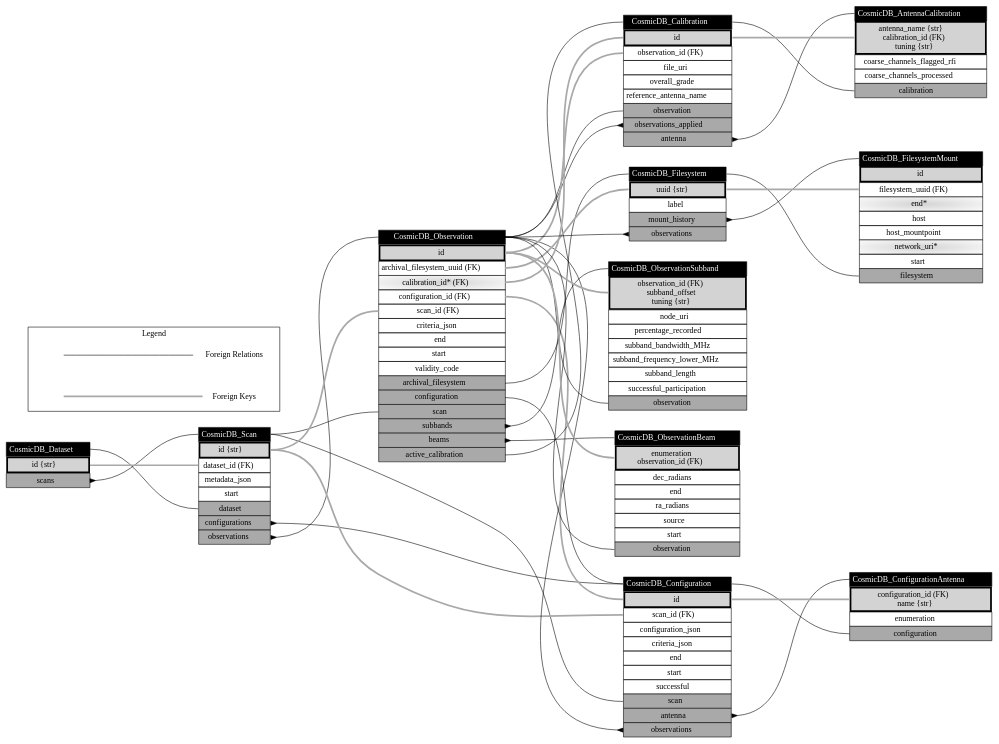
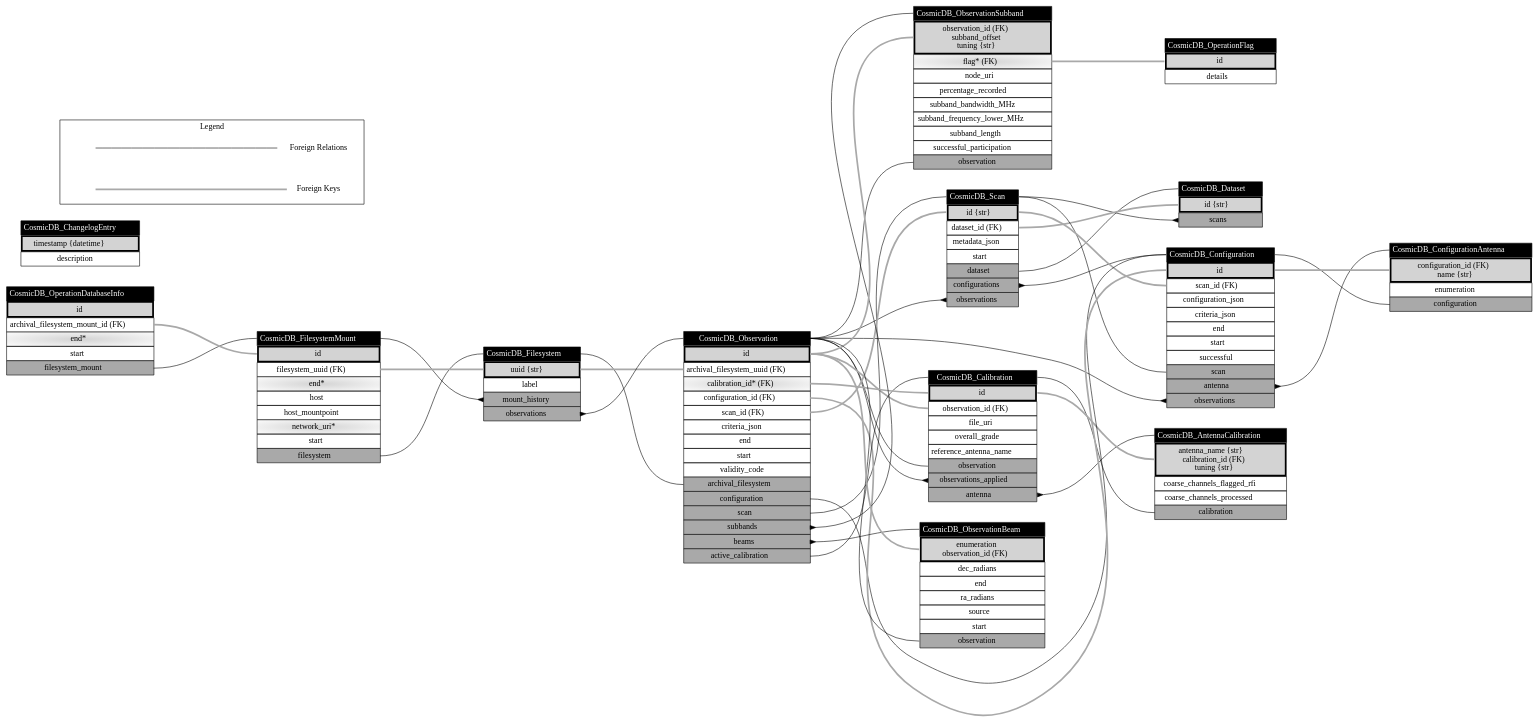
Before and after one commit to COSMIC-SETI/COSMIC-VLA-Database: the diagram in docs/classes_Operation.dot, drawn with Graphviz. The commit also changed 7 other files, not shown here.

```diff
--- a/docs/classes_Operation.dot
+++ b/docs/classes_Operation.dot
@@ -1,161 +1,183 @@
 digraph CosmicDB_Operation {
 layout=dot;
 nodesep=0.5;
 rankdir=LR;
 ranksep=2.5;
+CosmicDB_OperationDatabaseInfo [label=<<table border="0" cellborder="1" cellspacing="0" cellpadding="4">
+	<tr><td bgcolor="black" port="class"><font color="white">CosmicDB_OperationDatabaseInfo</font></td></tr>
+	<tr><td port="pk" bgcolor="lightgrey" border="3">id</td></tr>
+	<tr><td port="archival_filesystem_mount_id">archival_filesystem_mount_id (FK)</td></tr>
+	<tr><td port="end" bgcolor="lightgrey:white" style="radial">end*</td></tr>
+	<tr><td port="start">start</td></tr>
+	<tr><td bgcolor="darkgrey" port="filesystem_mount">filesystem_mount</td></tr>
+</table>>, shape=plain];
 CosmicDB_Dataset [label=<<table border="0" cellborder="1" cellspacing="0" cellpadding="4">
 	<tr><td bgcolor="black" port="class"><font color="white">CosmicDB_Dataset</font></td></tr>
 	<tr><td port="pk" bgcolor="lightgrey" border="3">id {str}</td></tr>
 	<tr><td bgcolor="darkgrey" port="scans">scans</td></tr>
 </table>>, shape=plain];
 CosmicDB_Scan [label=<<table border="0" cellborder="1" cellspacing="0" cellpadding="4">
 	<tr><td bgcolor="black" port="class"><font color="white">CosmicDB_Scan</font></td></tr>
 	<tr><td port="pk" bgcolor="lightgrey" border="3">id {str}</td></tr>
 	<tr><td port="dataset_id">dataset_id (FK)</td></tr>
 	<tr><td port="metadata_json">metadata_json</td></tr>
 	<tr><td port="start">start</td></tr>
 	<tr><td bgcolor="darkgrey" port="dataset">dataset</td></tr>
 	<tr><td bgcolor="darkgrey" port="configurations">configurations</td></tr>
 	<tr><td bgcolor="darkgrey" port="observations">observations</td></tr>
 </table>>, shape=plain];
 CosmicDB_Configuration [label=<<table border="0" cellborder="1" cellspacing="0" cellpadding="4">
 	<tr><td bgcolor="black" port="class"><font color="white">CosmicDB_Configuration</font></td></tr>
 	<tr><td port="pk" bgcolor="lightgrey" border="3">id</td></tr>
 	<tr><td port="scan_id">scan_id (FK)</td></tr>
 	<tr><td port="configuration_json">configuration_json</td></tr>
 	<tr><td port="criteria_json">criteria_json</td></tr>
 	<tr><td port="end">end</td></tr>
 	<tr><td port="start">start</td></tr>
 	<tr><td port="successful">successful</td></tr>
 	<tr><td bgcolor="darkgrey" port="scan">scan</td></tr>
 	<tr><td bgcolor="darkgrey" port="antenna">antenna</td></tr>
 	<tr><td bgcolor="darkgrey" port="observations">observations</td></tr>
 </table>>, shape=plain];
 CosmicDB_ConfigurationAntenna [label=<<table border="0" cellborder="1" cellspacing="0" cellpadding="4">
 	<tr><td bgcolor="black" port="class"><font color="white">CosmicDB_ConfigurationAntenna</font></td></tr>
 	<tr><td port="pk" bgcolor="lightgrey" border="3">configuration_id (FK)<br/>name {str}</td></tr>
 	<tr><td port="enumeration">enumeration</td></tr>
 	<tr><td bgcolor="darkgrey" port="configuration">configuration</td></tr>
 </table>>, shape=plain];
 CosmicDB_Calibration [label=<<table border="0" cellborder="1" cellspacing="0" cellpadding="4">
 	<tr><td bgcolor="black" port="class"><font color="white">CosmicDB_Calibration</font></td></tr>
 	<tr><td port="pk" bgcolor="lightgrey" border="3">id</td></tr>
 	<tr><td port="observation_id">observation_id (FK)</td></tr>
 	<tr><td port="file_uri">file_uri</td></tr>
 	<tr><td port="overall_grade">overall_grade</td></tr>
 	<tr><td port="reference_antenna_name">reference_antenna_name</td></tr>
 	<tr><td bgcolor="darkgrey" port="observation">observation</td></tr>
 	<tr><td bgcolor="darkgrey" port="observations_applied">observations_applied</td></tr>
 	<tr><td bgcolor="darkgrey" port="antenna">antenna</td></tr>
 </table>>, shape=plain];
 CosmicDB_AntennaCalibration [label=<<table border="0" cellborder="1" cellspacing="0" cellpadding="4">
 	<tr><td bgcolor="black" port="class"><font color="white">CosmicDB_AntennaCalibration</font></td></tr>
 	<tr><td port="pk" bgcolor="lightgrey" border="3">antenna_name {str}<br/>calibration_id (FK)<br/>tuning {str}</td></tr>
 	<tr><td port="coarse_channels_flagged_rfi">coarse_channels_flagged_rfi</td></tr>
 	<tr><td port="coarse_channels_processed">coarse_channels_processed</td></tr>
 	<tr><td bgcolor="darkgrey" port="calibration">calibration</td></tr>
 </table>>, shape=plain];
 CosmicDB_Observation [label=<<table border="0" cellborder="1" cellspacing="0" cellpadding="4">
 	<tr><td bgcolor="black" port="class"><font color="white">CosmicDB_Observation</font></td></tr>
 	<tr><td port="pk" bgcolor="lightgrey" border="3">id</td></tr>
 	<tr><td port="archival_filesystem_uuid">archival_filesystem_uuid (FK)</td></tr>
 	<tr><td port="calibration_id" bgcolor="lightgrey:white" style="radial">calibration_id* (FK)</td></tr>
 	<tr><td port="configuration_id">configuration_id (FK)</td></tr>
 	<tr><td port="scan_id">scan_id (FK)</td></tr>
 	<tr><td port="criteria_json">criteria_json</td></tr>
 	<tr><td port="end">end</td></tr>
 	<tr><td port="start">start</td></tr>
 	<tr><td port="validity_code">validity_code</td></tr>
 	<tr><td bgcolor="darkgrey" port="archival_filesystem">archival_filesystem</td></tr>
 	<tr><td bgcolor="darkgrey" port="configuration">configuration</td></tr>
 	<tr><td bgcolor="darkgrey" port="scan">scan</td></tr>
 	<tr><td bgcolor="darkgrey" port="subbands">subbands</td></tr>
 	<tr><td bgcolor="darkgrey" port="beams">beams</td></tr>
 	<tr><td bgcolor="darkgrey" port="active_calibration">active_calibration</td></tr>
 </table>>, shape=plain];
 CosmicDB_ObservationSubband [label=<<table border="0" cellborder="1" cellspacing="0" cellpadding="4">
 	<tr><td bgcolor="black" port="class"><font color="white">CosmicDB_ObservationSubband</font></td></tr>
 	<tr><td port="pk" bgcolor="lightgrey" border="3">observation_id (FK)<br/>subband_offset<br/>tuning {str}</td></tr>
+	<tr><td port="flag" bgcolor="lightgrey:white" style="radial">flag* (FK)</td></tr>
 	<tr><td port="node_uri">node_uri</td></tr>
 	<tr><td port="percentage_recorded">percentage_recorded</td></tr>
 	<tr><td port="subband_bandwidth_MHz">subband_bandwidth_MHz</td></tr>
 	<tr><td port="subband_frequency_lower_MHz">subband_frequency_lower_MHz</td></tr>
 	<tr><td port="subband_length">subband_length</td></tr>
 	<tr><td port="successful_participation">successful_participation</td></tr>
 	<tr><td bgcolor="darkgrey" port="observation">observation</td></tr>
 </table>>, shape=plain];
 CosmicDB_ObservationBeam [label=<<table border="0" cellborder="1" cellspacing="0" cellpadding="4">
 	<tr><td bgcolor="black" port="class"><font color="white">CosmicDB_ObservationBeam</font></td></tr>
 	<tr><td port="pk" bgcolor="lightgrey" border="3">enumeration<br/>observation_id (FK)</td></tr>
 	<tr><td port="dec_radians">dec_radians</td></tr>
 	<tr><td port="end">end</td></tr>
 	<tr><td port="ra_radians">ra_radians</td></tr>
 	<tr><td port="source">source</td></tr>
 	<tr><td port="start">start</td></tr>
 	<tr><td bgcolor="darkgrey" port="observation">observation</td></tr>
 </table>>, shape=plain];
 CosmicDB_Filesystem [label=<<table border="0" cellborder="1" cellspacing="0" cellpadding="4">
 	<tr><td bgcolor="black" port="class"><font color="white">CosmicDB_Filesystem</font></td></tr>
 	<tr><td port="pk" bgcolor="lightgrey" border="3">uuid {str}</td></tr>
 	<tr><td port="label">label</td></tr>
 	<tr><td bgcolor="darkgrey" port="mount_history">mount_history</td></tr>
 	<tr><td bgcolor="darkgrey" port="observations">observations</td></tr>
 </table>>, shape=plain];
 CosmicDB_FilesystemMount [label=<<table border="0" cellborder="1" cellspacing="0" cellpadding="4">
 	<tr><td bgcolor="black" port="class"><font color="white">CosmicDB_FilesystemMount</font></td></tr>
 	<tr><td port="pk" bgcolor="lightgrey" border="3">id</td></tr>
 	<tr><td port="filesystem_uuid">filesystem_uuid (FK)</td></tr>
 	<tr><td port="end" bgcolor="lightgrey:white" style="radial">end*</td></tr>
 	<tr><td port="host">host</td></tr>
 	<tr><td port="host_mountpoint">host_mountpoint</td></tr>
 	<tr><td port="network_uri" bgcolor="lightgrey:white" style="radial">network_uri*</td></tr>
 	<tr><td port="start">start</td></tr>
 	<tr><td bgcolor="darkgrey" port="filesystem">filesystem</td></tr>
 </table>>, shape=plain];
+CosmicDB_ChangelogEntry [label=<<table border="0" cellborder="1" cellspacing="0" cellpadding="4">
+	<tr><td bgcolor="black" port="class"><font color="white">CosmicDB_ChangelogEntry</font></td></tr>
+	<tr><td port="pk" bgcolor="lightgrey" border="3">timestamp {datetime}</td></tr>
+	<tr><td port="description">description</td></tr>
+</table>>, shape=plain];
+CosmicDB_OperationFlag [label=<<table border="0" cellborder="1" cellspacing="0" cellpadding="4">
+	<tr><td bgcolor="black" port="class"><font color="white">CosmicDB_OperationFlag</font></td></tr>
+	<tr><td port="pk" bgcolor="lightgrey" border="3">id</td></tr>
+	<tr><td port="details">details</td></tr>
+</table>>, shape=plain];
+CosmicDB_OperationDatabaseInfo:filesystem_mount -> CosmicDB_FilesystemMount:class  [arrowtail=none, dir=back];
 CosmicDB_Dataset:scans -> CosmicDB_Scan:class  [arrowtail=inv, dir=back];
 CosmicDB_Scan:dataset -> CosmicDB_Dataset:class  [arrowtail=none, dir=back];
 CosmicDB_Scan:configurations -> CosmicDB_Configuration:class  [arrowtail=inv, dir=back];
 CosmicDB_Scan:observations -> CosmicDB_Observation:class  [arrowtail=inv, dir=back];
 CosmicDB_Configuration:scan -> CosmicDB_Scan:class  [arrowtail=none, dir=back];
 CosmicDB_Configuration:antenna -> CosmicDB_ConfigurationAntenna:class  [arrowtail=inv, dir=back];
 CosmicDB_Configuration:observations -> CosmicDB_Observation:class  [arrowtail=inv, dir=back];
 CosmicDB_ConfigurationAntenna:configuration -> CosmicDB_Configuration:class  [arrowtail=none, dir=back];
 CosmicDB_Calibration:observation -> CosmicDB_Observation:class  [arrowtail=none, dir=back];
 CosmicDB_Calibration:observations_applied -> CosmicDB_Observation:class  [arrowtail=inv, dir=back];
 CosmicDB_Calibration:antenna -> CosmicDB_AntennaCalibration:class  [arrowtail=inv, dir=back];
 CosmicDB_AntennaCalibration:calibration -> CosmicDB_Calibration:class  [arrowtail=none, dir=back];
 CosmicDB_Observation:archival_filesystem -> CosmicDB_Filesystem:class  [arrowtail=none, dir=back];
 CosmicDB_Observation:configuration -> CosmicDB_Configuration:class  [arrowtail=none, dir=back];
 CosmicDB_Observation:scan -> CosmicDB_Scan:class  [arrowtail=none, dir=back];
 CosmicDB_Observation:subbands -> CosmicDB_ObservationSubband:class  [arrowtail=inv, dir=back];
 CosmicDB_Observation:beams -> CosmicDB_ObservationBeam:class  [arrowtail=inv, dir=back];
 CosmicDB_Observation:active_calibration -> CosmicDB_Calibration:class  [arrowtail=none, dir=back];
 CosmicDB_ObservationSubband:observation -> CosmicDB_Observation:class  [arrowtail=none, dir=back];
 CosmicDB_ObservationBeam:observation -> CosmicDB_Observation:class  [arrowtail=none, dir=back];
 CosmicDB_Filesystem:mount_history -> CosmicDB_FilesystemMount:class  [arrowtail=inv, dir=back];
 CosmicDB_Filesystem:observations -> CosmicDB_Observation:class  [arrowtail=inv, dir=back];
 CosmicDB_FilesystemMount:filesystem -> CosmicDB_Filesystem:class  [arrowtail=none, dir=back];
+CosmicDB_OperationDatabaseInfo:archival_filesystem_mount_id -> CosmicDB_FilesystemMount:pk  [arrowtail=none, color=darkgrey, dir=back, penwidth=3.0];
 CosmicDB_Scan:dataset_id -> CosmicDB_Dataset:pk  [arrowtail=none, color=darkgrey, dir=back, penwidth=3.0];
 CosmicDB_Configuration:scan_id -> CosmicDB_Scan:pk  [arrowtail=none, color=darkgrey, dir=back, penwidth=3.0];
 CosmicDB_ConfigurationAntenna:pk -> CosmicDB_Configuration:pk  [arrowtail=none, color=darkgrey, dir=back, penwidth=3.0];
 CosmicDB_Calibration:observation_id -> CosmicDB_Observation:pk  [arrowtail=none, color=darkgrey, dir=back, penwidth=3.0];
 CosmicDB_AntennaCalibration:pk -> CosmicDB_Calibration:pk  [arrowtail=none, color=darkgrey, dir=back, penwidth=3.0];
 CosmicDB_Observation:archival_filesystem_uuid -> CosmicDB_Filesystem:pk  [arrowtail=none, color=darkgrey, dir=back, penwidth=3.0];
 CosmicDB_Observation:calibration_id -> CosmicDB_Calibration:pk  [arrowtail=none, color=darkgrey, dir=back, penwidth=3.0];
 CosmicDB_Observation:configuration_id -> CosmicDB_Configuration:pk  [arrowtail=none, color=darkgrey, dir=back, penwidth=3.0];
 CosmicDB_Observation:scan_id -> CosmicDB_Scan:pk  [arrowtail=none, color=darkgrey, dir=back, penwidth=3.0];
+CosmicDB_ObservationSubband:flag -> CosmicDB_OperationFlag:pk  [arrowtail=none, color=darkgrey, dir=back, penwidth=3.0];
 CosmicDB_ObservationSubband:pk -> CosmicDB_Observation:pk  [arrowtail=none, color=darkgrey, dir=back, penwidth=3.0];
 CosmicDB_ObservationBeam:pk -> CosmicDB_Observation:pk  [arrowtail=none, color=darkgrey, dir=back, penwidth=3.0];
 CosmicDB_FilesystemMount:filesystem_uuid -> CosmicDB_Filesystem:pk  [arrowtail=none, color=darkgrey, dir=back, penwidth=3.0];
 subgraph legend {
 cluster=True;
 label="Legend";
 "Foreign Relations_0" [label="", shape=none];
 "Foreign Relations_1" [label="Foreign Relations", shape=none];
 "Foreign Relations_0" -> "Foreign Relations_1"  [arrowtail=none, color=black, dir=back];
 "Foreign Keys_0" [label="", shape=none];
 "Foreign Keys_1" [label="Foreign Keys", shape=none];
 "Foreign Keys_0" -> "Foreign Keys_1"  [arrowtail=none, color=darkgrey, dir=back, penwidth=3.0];
 }
 
 }
```
